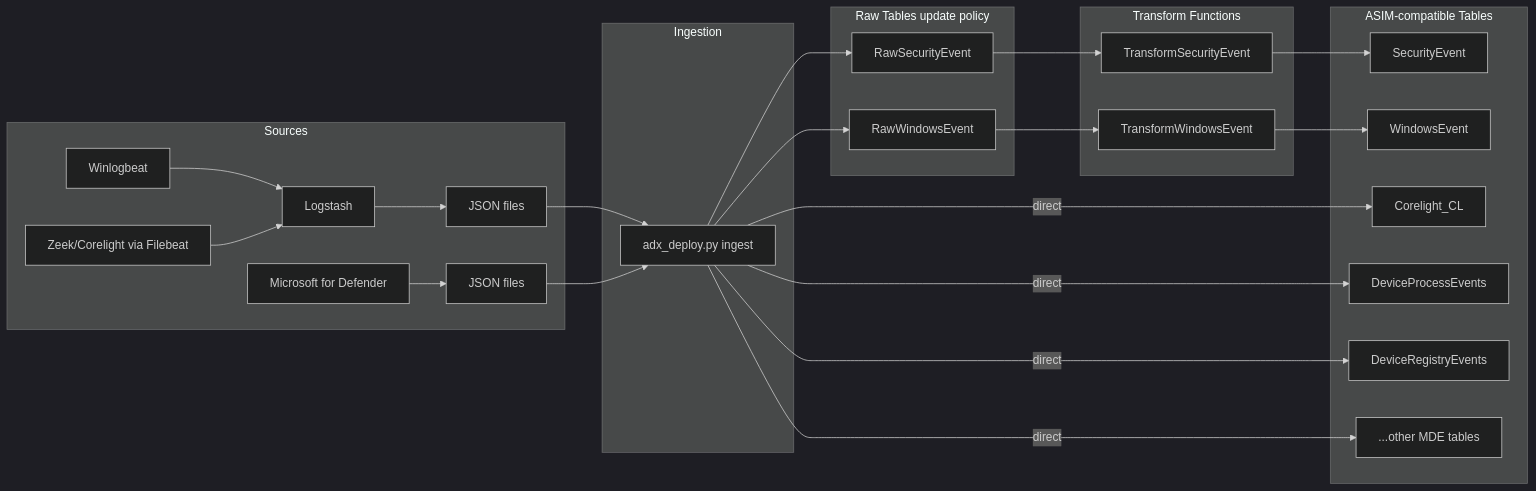
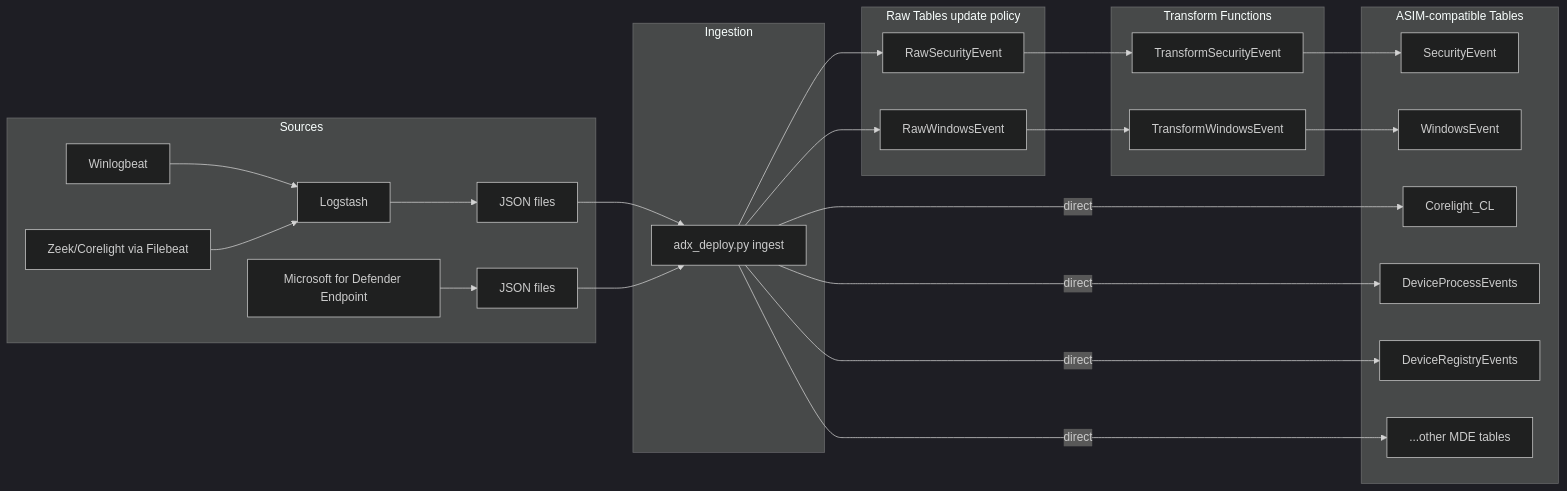
Before and after one commit to ksyeung/DetLabs: the diagram in README.md, drawn with Mermaid (dark theme).

````diff
--- a/README.md
+++ b/README.md
@@ -10,44 +10,44 @@
 ```mermaid
 flowchart LR
       subgraph Sources
           W[Winlogbeat] --> L[Logstash] --> J1[JSON files]
-          M[Microsoft for Defender] --> J2[JSON files]
+          M[Microsoft for Defender Endpoint] --> J2[JSON files]
           Z[Zeek/Corelight via Filebeat] --> L
       end
 
       subgraph Ingestion
           ADX[adx_deploy.py ingest]
       end
 
       subgraph Raw["Raw Tables update policy"]
           R1[RawSecurityEvent]
           R2[RawWindowsEvent]
       end
 
       subgraph Transform["Transform Functions"]
           T1[TransformSecurityEvent]
           T2[TransformWindowsEvent]
       end
 
       subgraph Final["ASIM-compatible Tables"]
           F1[SecurityEvent]
           F2[WindowsEvent]
           F3[Corelight_CL]
           F4[DeviceProcessEvents]
           F5[DeviceRegistryEvents]
           F6[...other MDE tables]
       end
 
       J1 --> ADX
       J2 --> ADX
 
       ADX --> R1
       ADX --> R2
       ADX -->|direct| F3
       ADX -->|direct| F4
       ADX -->|direct| F5
       ADX -->|direct| F6
 
       R1 --> T1 --> F1
       R2 --> T2 --> F2
 ```
````
